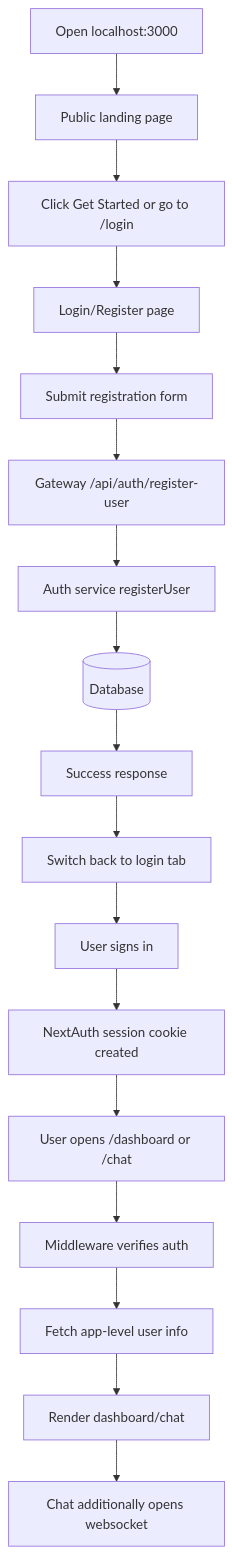
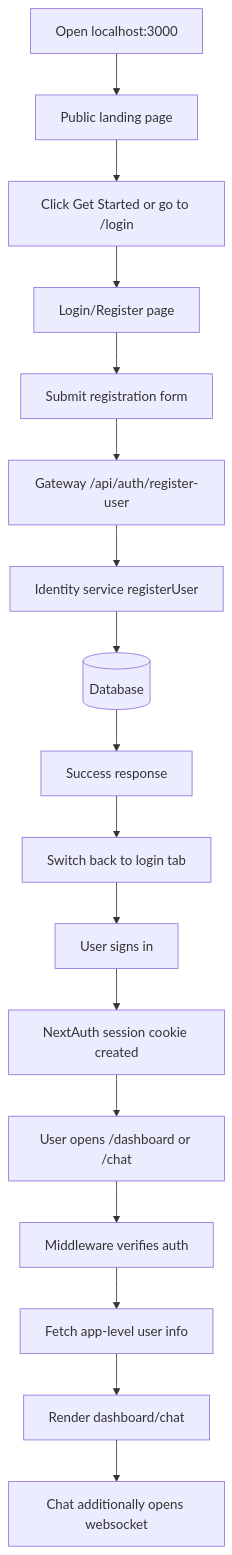
Before and after one commit to Sam231221/Yome: the third of 3 diagrams in docs/PROJECT_ARCHITECTURE_AND_WORKFLOWS.md, drawn with Mermaid. The commit also changed other lines of this file and 7 other files, not shown here.

First line of the commit message:
docs: B05 completeness audit — remove unused dep, fix stale auth-service prose

````diff
--- a/docs/PROJECT_ARCHITECTURE_AND_WORKFLOWS.md
+++ b/docs/PROJECT_ARCHITECTURE_AND_WORKFLOWS.md
@@ -379,19 +379,19 @@
 ```mermaid
 flowchart TD
     A[Open localhost:3000] --> B[Public landing page]
     B --> C[Click Get Started or go to /login]
     C --> D[Login/Register page]
     D --> E[Submit registration form]
     E --> F[Gateway /api/auth/register-user]
-    F --> G[Auth service registerUser]
+    F --> G[Identity service registerUser]
     G --> H[(Database)]
     H --> I[Success response]
     I --> J[Switch back to login tab]
     J --> K[User signs in]
     K --> L[NextAuth session cookie created]
     L --> M[User opens /dashboard or /chat]
     M --> N[Middleware verifies auth]
     N --> O[Fetch app-level user info]
     O --> P[Render dashboard/chat]
     P --> Q[Chat additionally opens websocket]
 ```
````
